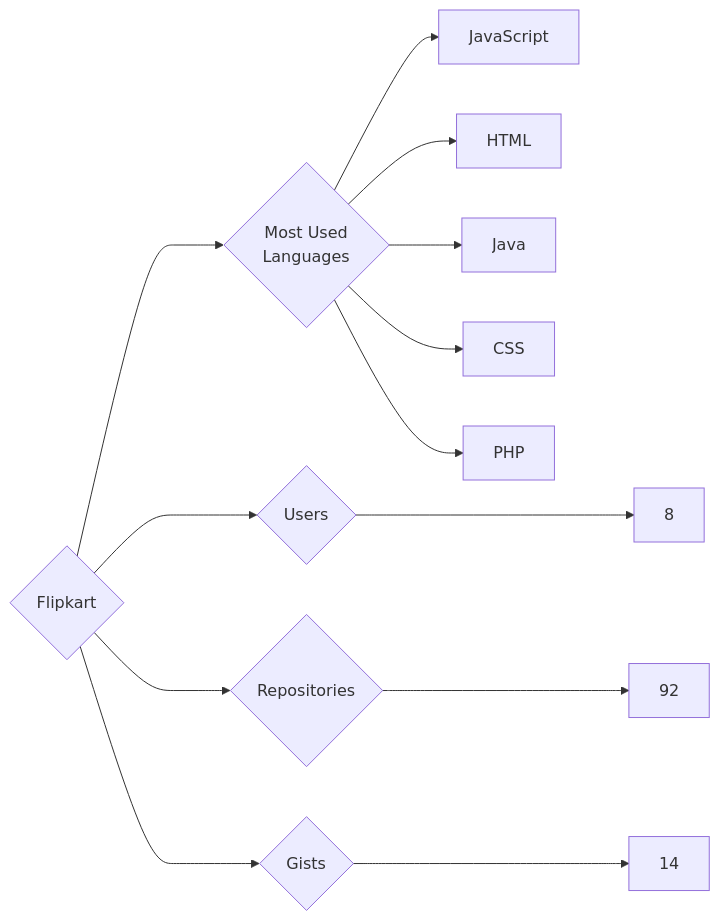
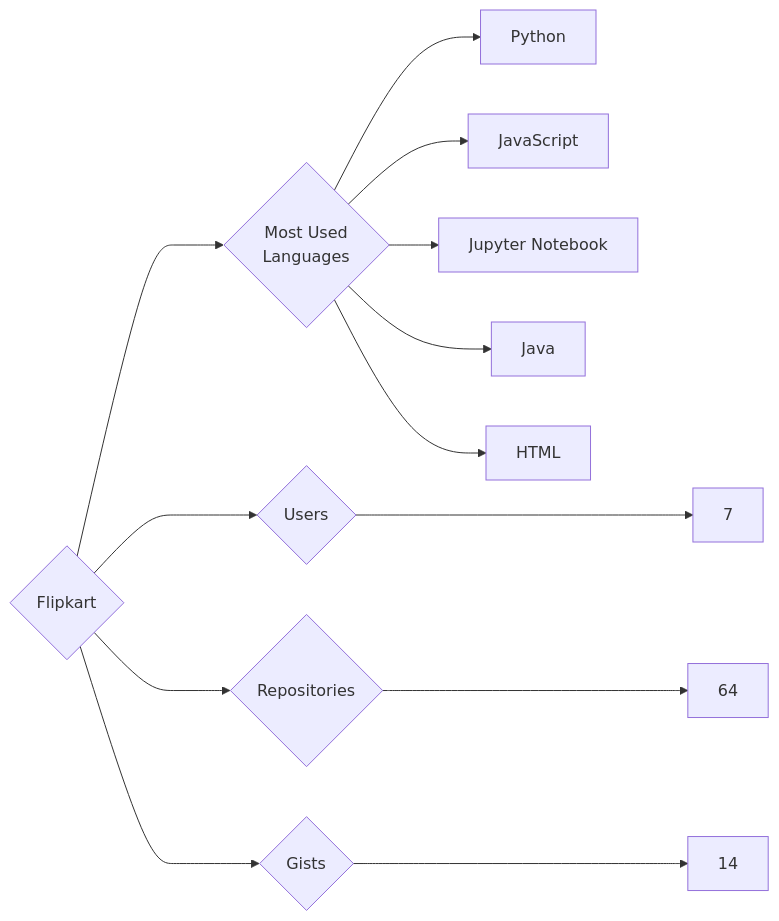
Before and after one commit to trickest/insiders: the diagram in targets/Flipkart/README.md, drawn with Mermaid. The commit also changed 776 other files, not shown here.

````diff
--- a/targets/Flipkart/README.md
+++ b/targets/Flipkart/README.md
@@ -3,13 +3,13 @@
 ```mermaid
 graph LR
 COMPANY_NAME{Flipkart}
-COMPANY_NAME ---> U{Users} ---> UN[8]
-COMPANY_NAME ---> R{Repositories} ---> RN[92]
+COMPANY_NAME ---> U{Users} ---> UN[7]
+COMPANY_NAME ---> R{Repositories} ---> RN[64]
 COMPANY_NAME ---> G{Gists} ---> GN[14]
 COMPANY_NAME ---> ML{Most Used<br>Languages}
+ML --> Python[Python]
 ML --> JavaScript[JavaScript]
+ML --> Jupyter_Notebook[Jupyter Notebook]
+ML --> Java[Java]
 ML --> HTML[HTML]
-ML --> Java[Java]
-ML --> CSS[CSS]
-ML --> PHP[PHP]
 ```
````
